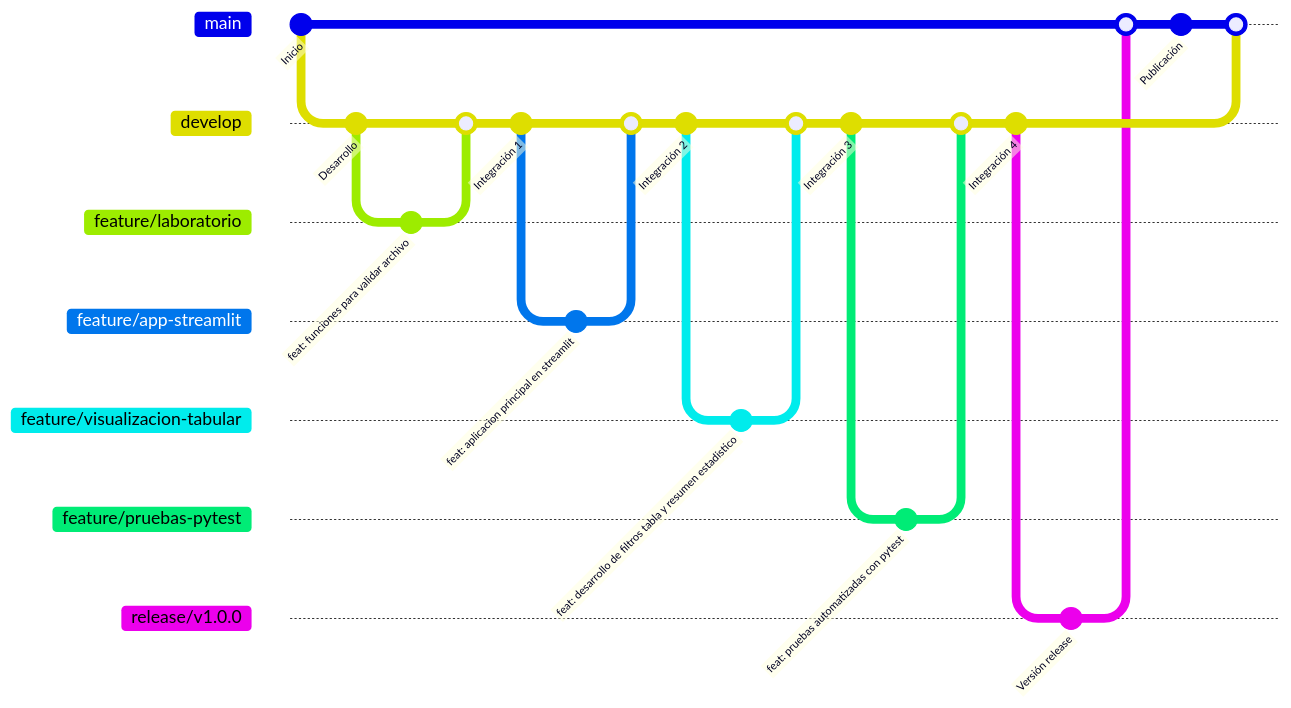
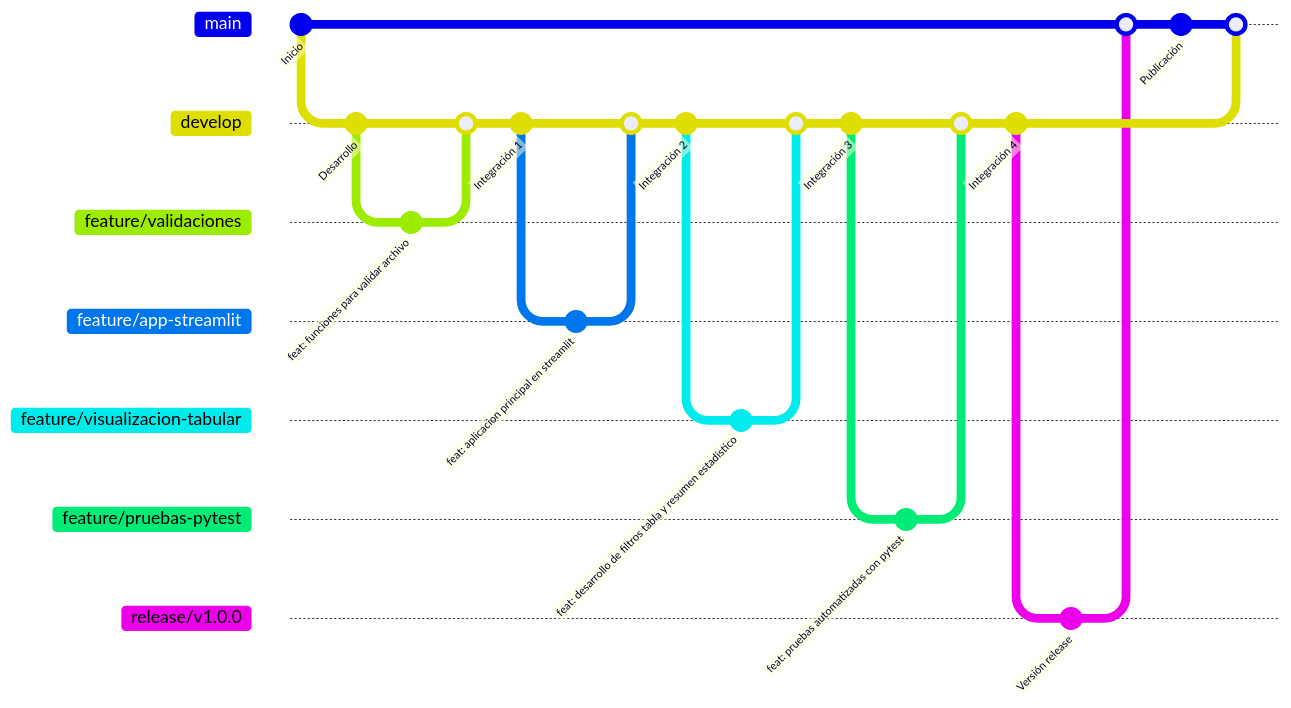
The diagram in INFORME.md (superdavi/Gitflow_Tarea_1), drawn with Mermaid before and after one commit. The commit also changed other lines of this file, not shown here.

````diff
--- a/INFORME.md
+++ b/INFORME.md
@@ -39,52 +40,52 @@
 ```mermaid
 gitGraph
     commit id: "Inicio"
 
     branch develop
     checkout develop
     commit id: "Desarrollo"
 
-    branch feature/laboratorio
-    checkout feature/laboratorio
+    branch feature/validaciones
+    checkout feature/validaciones
     commit id: "feat: funciones para validar archivo"
 
     checkout develop
-    merge feature/laboratorio
+    merge feature/validaciones
     commit id: "Integración 1"
 
     branch feature/app-streamlit
     checkout feature/app-streamlit
     commit id: "feat: aplicacion principal en streamlit"
 
     checkout develop
     merge feature/app-streamlit
     commit id: "Integración 2"
 
     branch feature/visualizacion-tabular
     checkout feature/visualizacion-tabular
     commit id: "feat: desarrollo de filtros tabla y resumen estadistico"
 
     checkout develop
     merge feature/visualizacion-tabular
     commit id: "Integración 3"
 
     branch feature/pruebas-pytest
     checkout feature/pruebas-pytest
     commit id: "feat: pruebas automatizadas con pytest"
 
     checkout develop
     merge feature/pruebas-pytest
     commit id: "Integración 4"
 
     branch release/v1.0.0
     checkout release/v1.0.0
     commit id: "Versión release"
 
     checkout main
     merge release/v1.0.0
     commit id: "Publicación"
 
 
     checkout main
     merge develop
 ```
````
